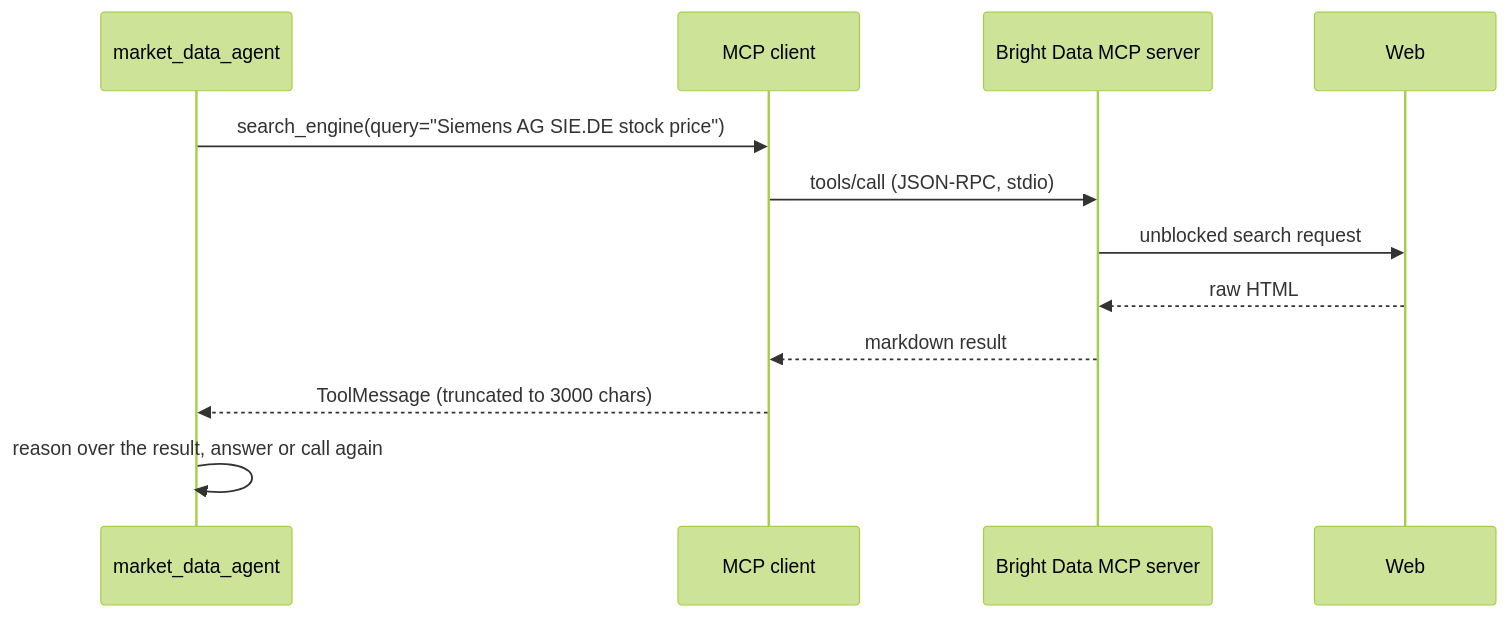
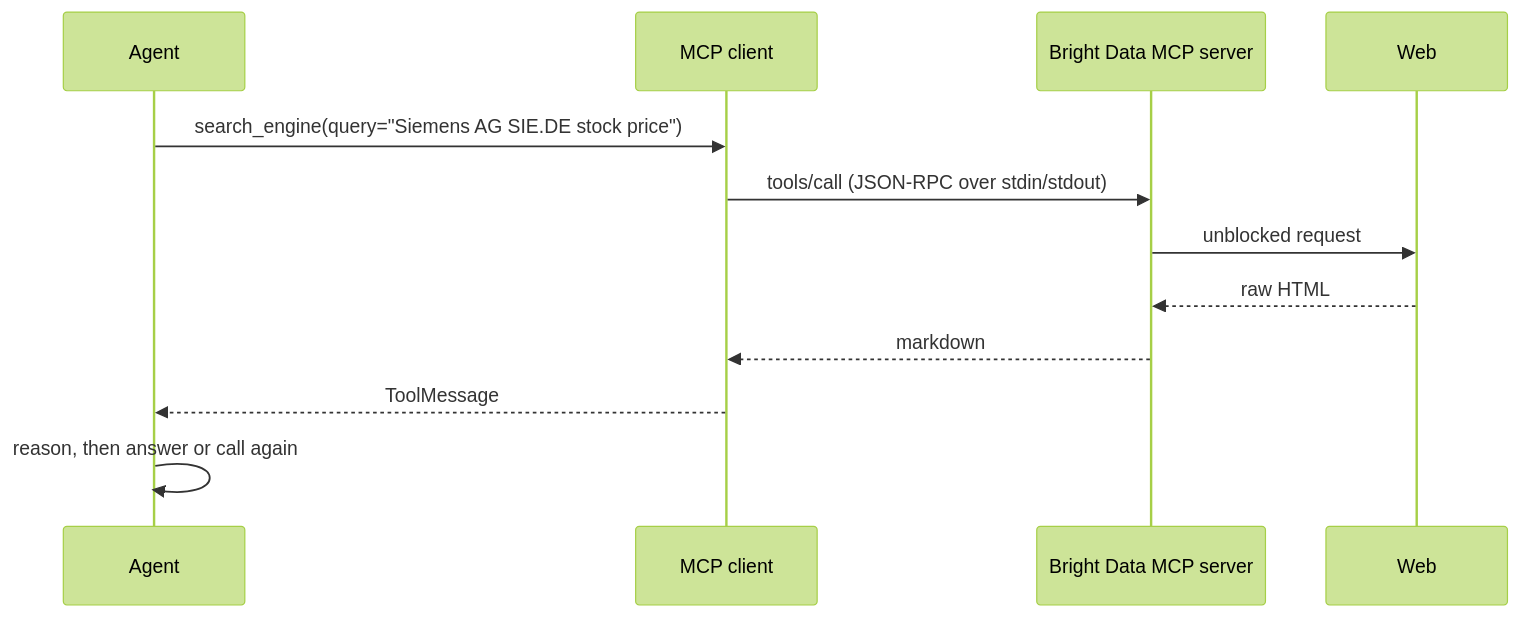
One commit to sumionochi/MCP-Multi-Agents-and-Supervisor changed the third of 6 diagrams in README.md. Above: the diagram before and after it, drawn with Mermaid (forest theme). The commit also changed other lines of this file, not shown here.

````diff
--- a/README.md
+++ b/README.md
@@ -82,15 +92,15 @@
 ```mermaid
 sequenceDiagram
-    participant A as market_data_agent
+    participant A as Agent
     participant C as MCP client
     participant S as Bright Data MCP server
     participant W as Web
  
     A->>C: search_engine(query="Siemens AG SIE.DE stock price")
-    C->>S: tools/call (JSON-RPC, stdio)
-    S->>W: unblocked search request
+    C->>S: tools/call (JSON-RPC over stdin/stdout)
+    S->>W: unblocked request
     W-->>S: raw HTML
-    S-->>C: markdown result
-    C-->>A: ToolMessage (truncated to 3000 chars)
-    A->>A: reason over the result, answer or call again
+    S-->>C: markdown
+    C-->>A: ToolMessage
+    A->>A: reason, then answer or call again
 ```
````
